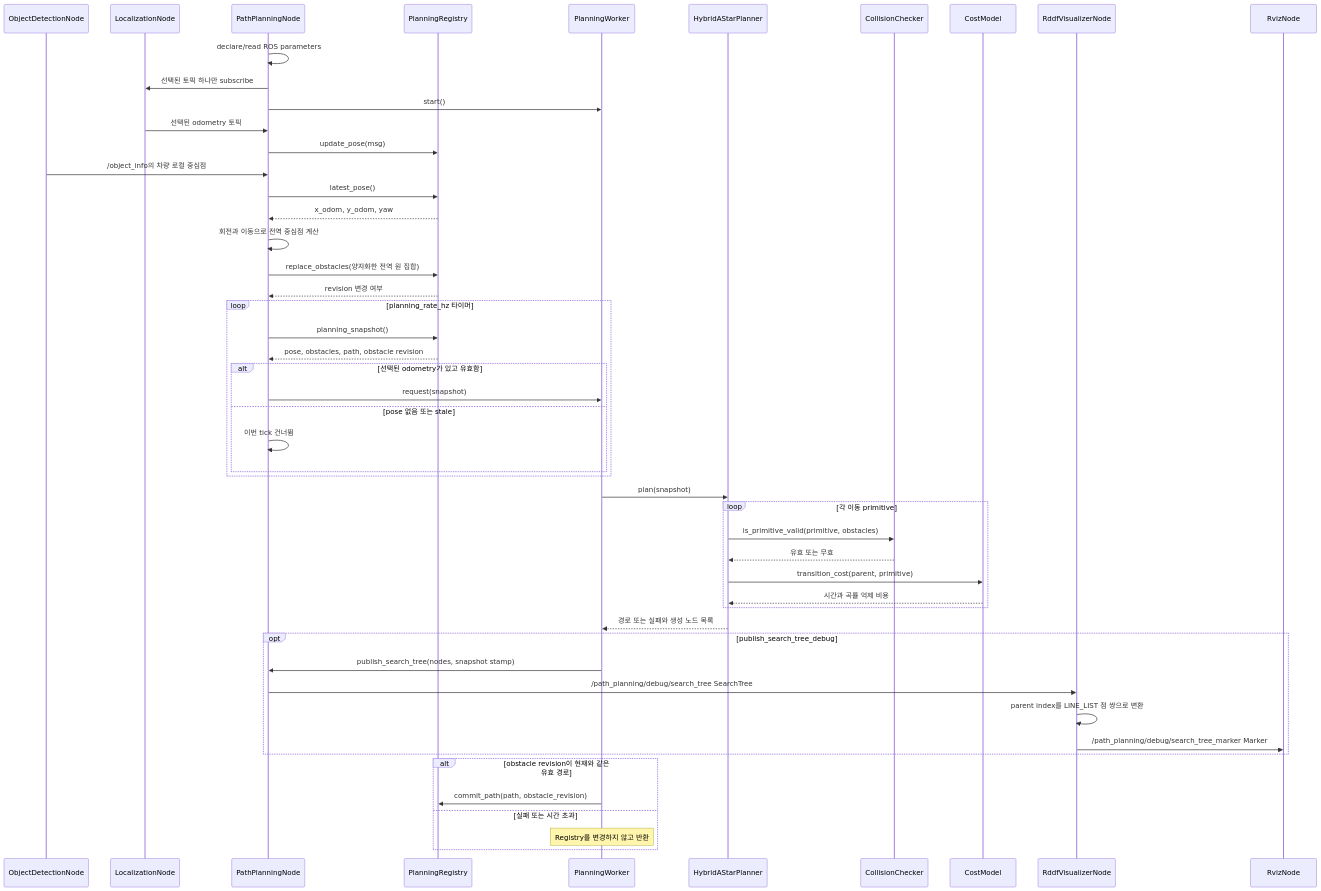
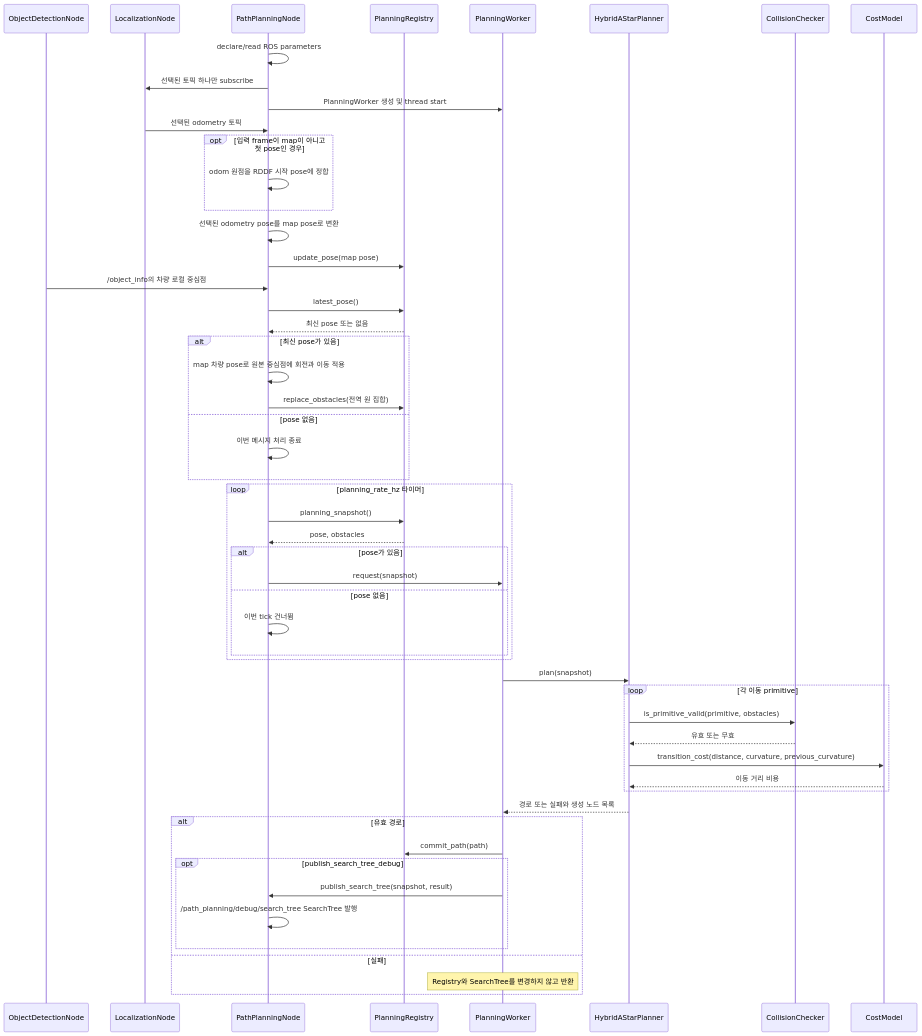
The second of 3 diagrams in src/path_planning/README.md (Team-Stier/AMET2026_coex_stier), drawn with Mermaid before and after one commit. The commit also changed other lines of this file and 83 other files, not shown here.

Commit message:
Add RDDF visualizer and document vehicle and topic details

````diff
--- a/src/path_planning/README.md
+++ b/src/path_planning/README.md
@@ -290,55 +292,58 @@
 ```mermaid
 sequenceDiagram
     participant OD as ObjectDetectionNode
     participant LOC as LocalizationNode
     participant N as PathPlanningNode
     participant REG as PlanningRegistry
     participant W as PlanningWorker
     participant HA as HybridAStarPlanner
     participant CC as CollisionChecker
     participant CM as CostModel
-    participant VIS as RddfVisualizerNode
-    participant RVIZ as RvizNode
 
     N->>N: declare/read ROS parameters
     N->>LOC: 선택된 토픽 하나만 subscribe
-    N->>W: start()
+    N->>W: PlanningWorker 생성 및 thread start
     LOC->>N: 선택된 odometry 토픽
-    N->>REG: update_pose(msg)
+    opt 입력 frame이 map이 아니고 첫 pose인 경우
+        N->>N: odom 원점을 RDDF 시작 pose에 정합
+    end
+    N->>N: 선택된 odometry pose를 map pose로 변환
+    N->>REG: update_pose(map pose)
     OD->>N: /object_info의 차량 로컬 중심점
     N->>REG: latest_pose()
-    REG-->>N: x_odom, y_odom, yaw
-    N->>N: 회전과 이동으로 전역 중심점 계산
-    N->>REG: replace_obstacles(양자화한 전역 원 집합)
-    REG-->>N: revision 변경 여부
+    REG-->>N: 최신 pose 또는 없음
+    alt 최신 pose가 있음
+        N->>N: map 차량 pose로 원본 중심점에 회전과 이동 적용
+        N->>REG: replace_obstacles(전역 원 집합)
+    else pose 없음
+        N->>N: 이번 메시지 처리 종료
+    end
 
     loop planning_rate_hz 타이머
         N->>REG: planning_snapshot()
-        REG-->>N: pose, obstacles, path, obstacle revision
-        alt 선택된 odometry가 있고 유효함
+        REG-->>N: pose, obstacles
+        alt pose가 있음
             N->>W: request(snapshot)
-        else pose 없음 또는 stale
+        else pose 없음
             N->>N: 이번 tick 건너뜀
         end
     end
 
     W->>HA: plan(snapshot)
     loop 각 이동 primitive
         HA->>CC: is_primitive_valid(primitive, obstacles)
         CC-->>HA: 유효 또는 무효
-        HA->>CM: transition_cost(parent, primitive)
-        CM-->>HA: 시간과 곡률 억제 비용
+        HA->>CM: transition_cost(distance, curvature, previous_curvature)
+        CM-->>HA: 이동 거리 비용
     end
     HA-->>W: 경로 또는 실패와 생성 노드 목록
-    opt publish_search_tree_debug
-        W->>N: publish_search_tree(nodes, snapshot stamp)
-        N->>VIS: /path_planning/debug/search_tree SearchTree
-        VIS->>VIS: parent index를 LINE_LIST 점 쌍으로 변환
-        VIS->>RVIZ: /path_planning/debug/search_tree_marker Marker
-    end
-    alt obstacle revision이 현재와 같은 유효 경로
-        W->>REG: commit_path(path, obstacle_revision)
-    else 실패 또는 시간 초과
-        Note over W: Registry를 변경하지 않고 반환
+    alt 유효 경로
+        W->>REG: commit_path(path)
+        opt publish_search_tree_debug
+            W->>N: publish_search_tree(snapshot, result)
+            N->>N: /path_planning/debug/search_tree SearchTree 발행
+        end
+    else 실패
+        Note over W: Registry와 SearchTree를 변경하지 않고 반환
     end
 ```
````
